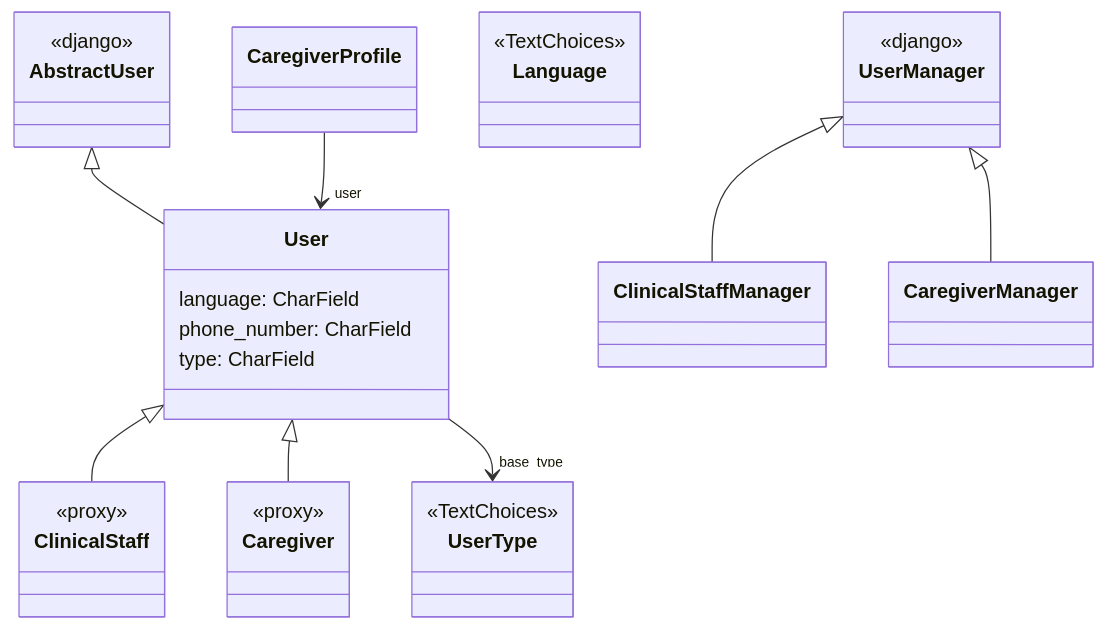
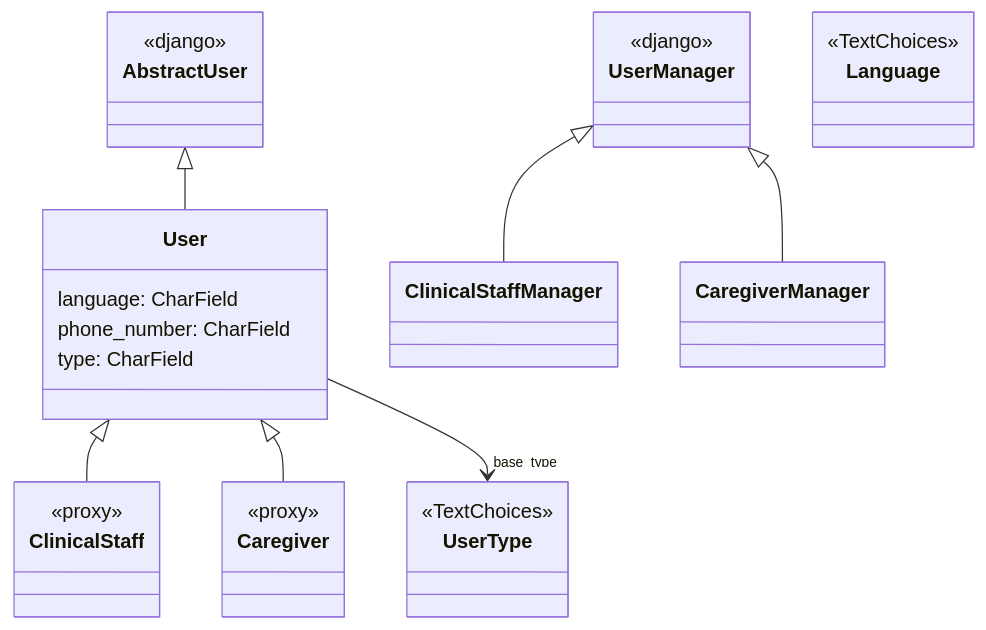
One commit to opalmedapps/opal-admin changed the diagram in docs/apps/users.md. Above: the diagram before and after it, drawn with Mermaid. The commit also changed 2 other files, not shown here.

Commit message:
docs: Add page about caregivers app and update diagrams

````diff
--- a/docs/apps/users.md
+++ b/docs/apps/users.md
@@ -7,52 +7,47 @@
 ```mermaid
 classDiagram
     class AbstractUser {
         <<django>>
     }
 
     class UserManager {
         <<django>>
     }
 
     class Language {
         <<TextChoices>>
     }
 
     class UserType {
         <<TextChoices>>
     }
 
     class User {
         language: CharField
         phone_number: CharField
         type: CharField
     }
 
     class ClinicalStaff {
         <<proxy>>
     }
 
     class ClinicalStaffManager {
 
     }
 
     class CaregiverManager {
 
     }
 
     class Caregiver {
         <<proxy>>
     }
 
-    class CaregiverProfile {
-
-    }
-
     AbstractUser <|-- User
     UserManager <|-- ClinicalStaffManager
     UserManager <|-- CaregiverManager
     User <|-- ClinicalStaff
     User <|-- Caregiver
     User --> "base_type" UserType
-    CaregiverProfile --> "user" User
 ```
````
